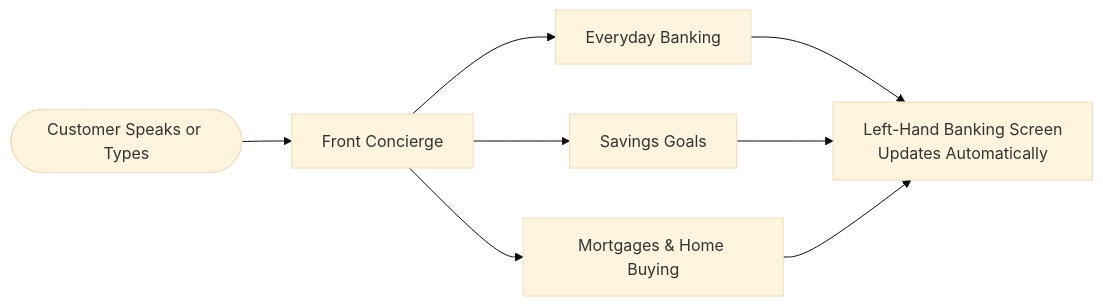
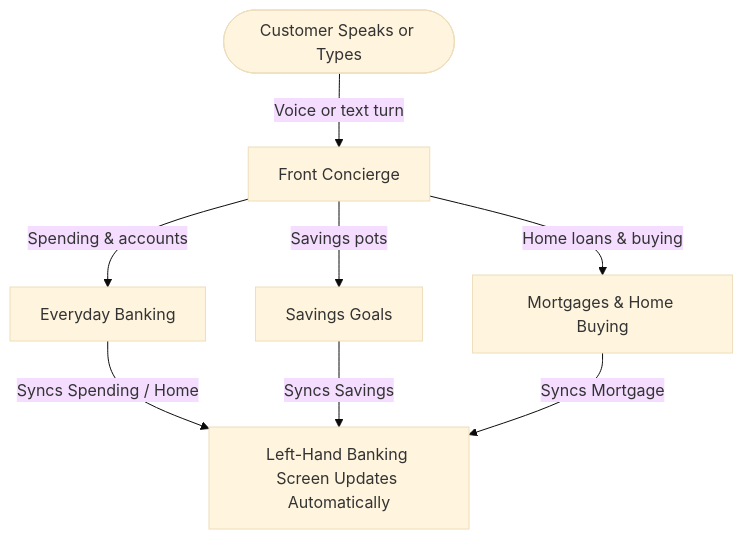
One commit to oliviervg1/gecx-bank-demo changed the diagram in docs/guides/gecx_for_beginners.md. Above: the diagram before and after it, drawn with Mermaid (base theme). The commit also changed other lines of this file and 19 other files, not shown here.

````diff
--- a/docs/guides/gecx_for_beginners.md
+++ b/docs/guides/gecx_for_beginners.md
@@ -16,10 +16,17 @@
 ```mermaid
-flowchart LR
-    Customer(["Customer Speaks or Types"]) --> Concierge["Front Concierge"]
-    Concierge --> Everyday["Everyday Banking"]
-    Concierge --> Savings["Savings Goals"]
-    Concierge --> Mortgages["Mortgages & Home Buying"]
-    Everyday --> Screen["Left-Hand Banking Screen<br/>Updates Automatically"]
-    Savings --> Screen
-    Mortgages --> Screen
+flowchart TD
+    Customer(["Customer Speaks or Types"])
+    Concierge["Front Concierge"]
+    Everyday["Everyday Banking"]
+    Savings["Savings Goals"]
+    Mortgages["Mortgages & Home Buying"]
+    Screen["Left-Hand Banking Screen Updates Automatically"]
+
+    Customer -->|"Voice or text turn"| Concierge
+    Concierge -->|"Spending & accounts"| Everyday
+    Concierge -->|"Savings pots"| Savings
+    Concierge -->|"Home loans & buying"| Mortgages
+    Everyday -->|"Syncs Spending / Home"| Screen
+    Savings -->|"Syncs Savings"| Screen
+    Mortgages -->|"Syncs Mortgage"| Screen
 ```
````
